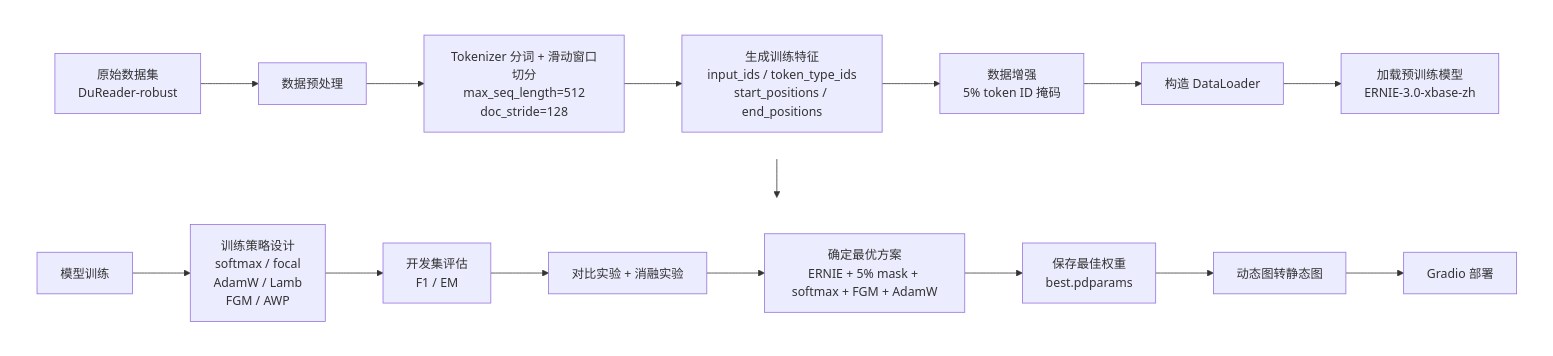
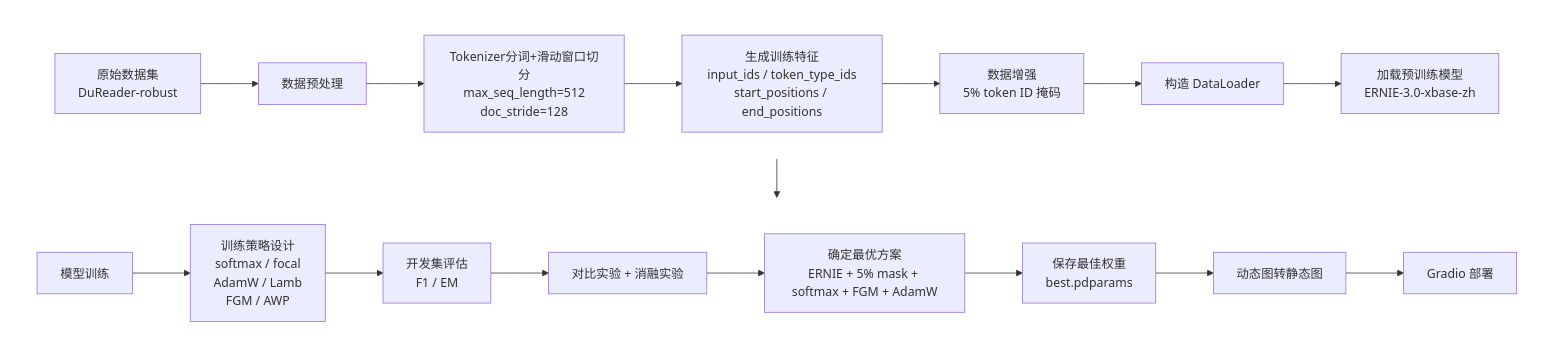
One commit to beautyarbutin/agent_travel changed the first of 3 diagrams in docs/ernie3_mrc_ppt_content.md. Above: the diagram before and after it, drawn with Mermaid.

````diff
--- a/docs/ernie3_mrc_ppt_content.md
+++ b/docs/ernie3_mrc_ppt_content.md
@@ -76,28 +76,28 @@
 ```mermaid
 flowchart TB
     subgraph R1[" "]
         direction LR
         A["原始数据集<br/>DuReader-robust"] --> B["数据预处理"]
-        B --> C["Tokenizer 分词 + 滑动窗口切分<br/>max_seq_length=512<br/>doc_stride=128"]
+        B --> C["Tokenizer分词+滑动窗口切分<br/>max_seq_length=512<br/>doc_stride=128"]
         C --> D["生成训练特征<br/>input_ids / token_type_ids<br/>start_positions / end_positions"]
         D --> E["数据增强<br/>5% token ID 掩码"]
         E --> F["构造 DataLoader"]
         F --> G["加载预训练模型<br/>ERNIE-3.0-xbase-zh"]
     end
 
     subgraph R2[" "]
         direction LR
         H["模型训练"] --> I["训练策略设计<br/>softmax / focal<br/>AdamW / Lamb<br/>FGM / AWP"]
         I --> J["开发集评估<br/>F1 / EM"]
         J --> K["对比实验 + 消融实验"]
         K --> L["确定最优方案<br/>ERNIE + 5% mask + softmax + FGM + AdamW"]
         L --> M["保存最佳权重<br/>best.pdparams"]
         M --> N["动态图转静态图"]
         N --> O["Gradio 部署"]
     end
 
     R1 --> R2
 
     style R1 fill:none,stroke:none
     style R2 fill:none,stroke:none
 ```
````
